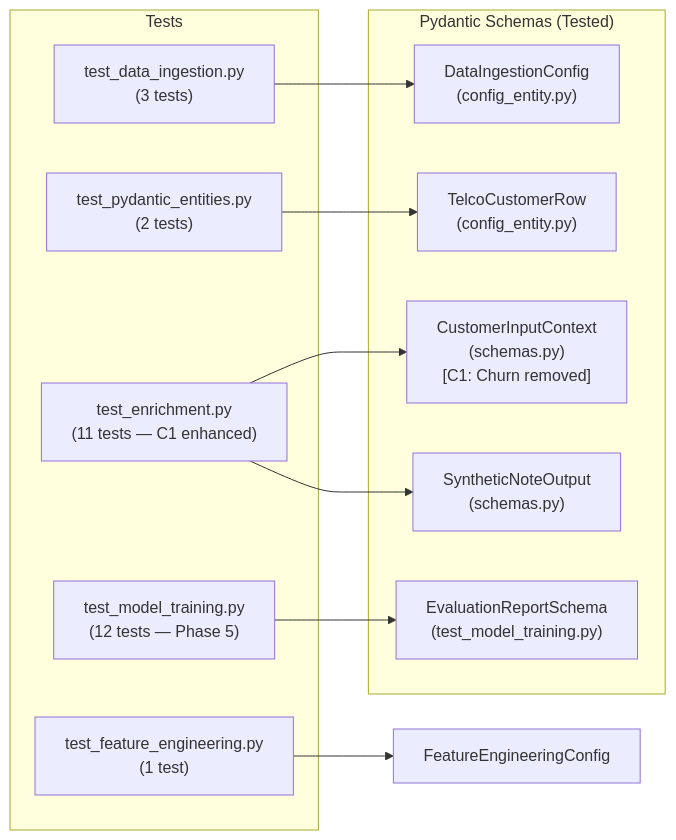
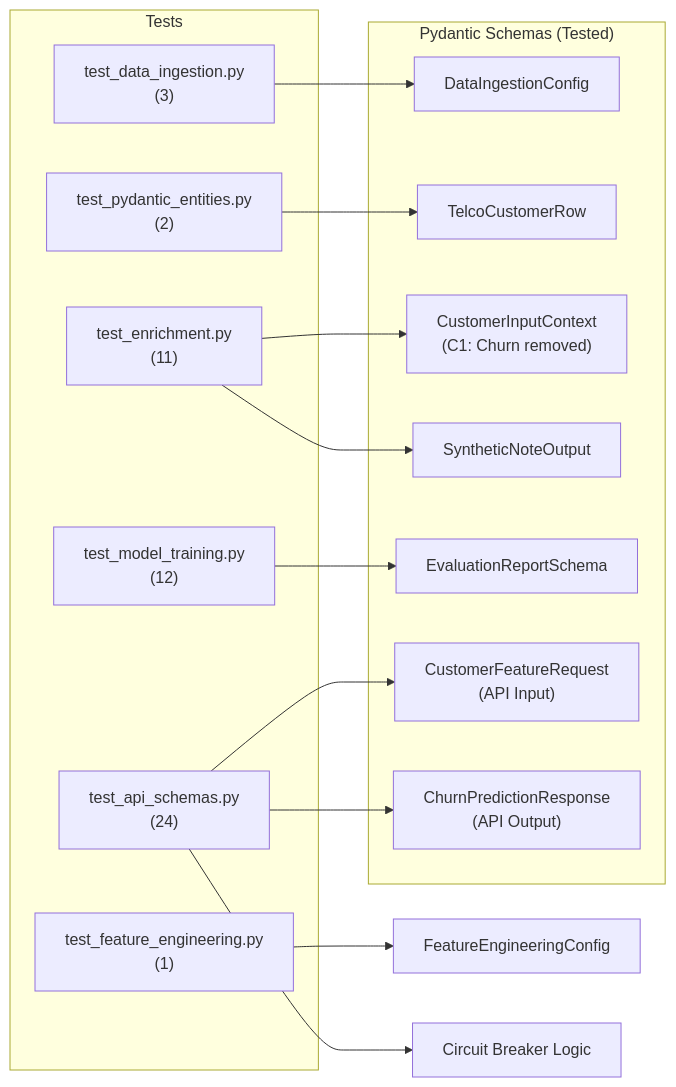
Before and after one commit to SebastianGarrido2790/ai-ml-telecom-customer-churn: the diagram in reports/docs/runbooks/test_suite.md, drawn with Mermaid. The commit also changed other lines of this file and 21 other files, not shown here.

Commit message:
feat: deploy late fusion churn inference microservices (Phase 6)

````diff
--- a/reports/docs/runbooks/test_suite.md
+++ b/reports/docs/runbooks/test_suite.md
@@ -198,25 +246,31 @@
 ```mermaid
 graph LR
     subgraph "Pydantic Schemas (Tested)"
-        DataIngestionConfig["DataIngestionConfig\n(config_entity.py)"]
-        TelcoCustomerRow["TelcoCustomerRow\n(config_entity.py)"]
-        CustomerInputContext["CustomerInputContext\n(schemas.py)\n[C1: Churn removed]"]
-        SyntheticNoteOutput["SyntheticNoteOutput\n(schemas.py)"]
-        EvaluationReportSchema["EvaluationReportSchema\n(test_model_training.py)"]
+        DataIngestionConfig["DataIngestionConfig"]
+        TelcoCustomerRow["TelcoCustomerRow"]
+        CustomerInputContext["CustomerInputContext\n(C1: Churn removed)"]
+        SyntheticNoteOutput["SyntheticNoteOutput"]
+        EvaluationReportSchema["EvaluationReportSchema"]
+        CustomerFeatureRequest["CustomerFeatureRequest\n(API Input)"]
+        ChurnPredictionResponse["ChurnPredictionResponse\n(API Output)"]
     end
 
     subgraph "Tests"
-        T0["test_data_ingestion.py\n(3 tests)"]
-        T1["test_pydantic_entities.py\n(2 tests)"]
-        T2["test_enrichment.py\n(11 tests — C1 enhanced)"]
-        T3["test_feature_engineering.py\n(1 test)"]
-        T4["test_model_training.py\n(12 tests — Phase 5)"]
+        T0["test_data_ingestion.py\n(3)"]
+        T1["test_pydantic_entities.py\n(2)"]
+        T2["test_enrichment.py\n(11)"]
+        T3["test_feature_engineering.py\n(1)"]
+        T4["test_model_training.py\n(12)"]
+        T6["test_api_schemas.py\n(24)"]
     end
 
     T0 --> DataIngestionConfig
     T1 --> TelcoCustomerRow
     T2 --> CustomerInputContext
     T2 --> SyntheticNoteOutput
     T3 --> FeatureEngineeringConfig
     T4 --> EvaluationReportSchema
+    T6 --> CustomerFeatureRequest
+    T6 --> ChurnPredictionResponse
+    T6 --> TestCircuitBreaker["Circuit Breaker Logic"]
 ```
````
